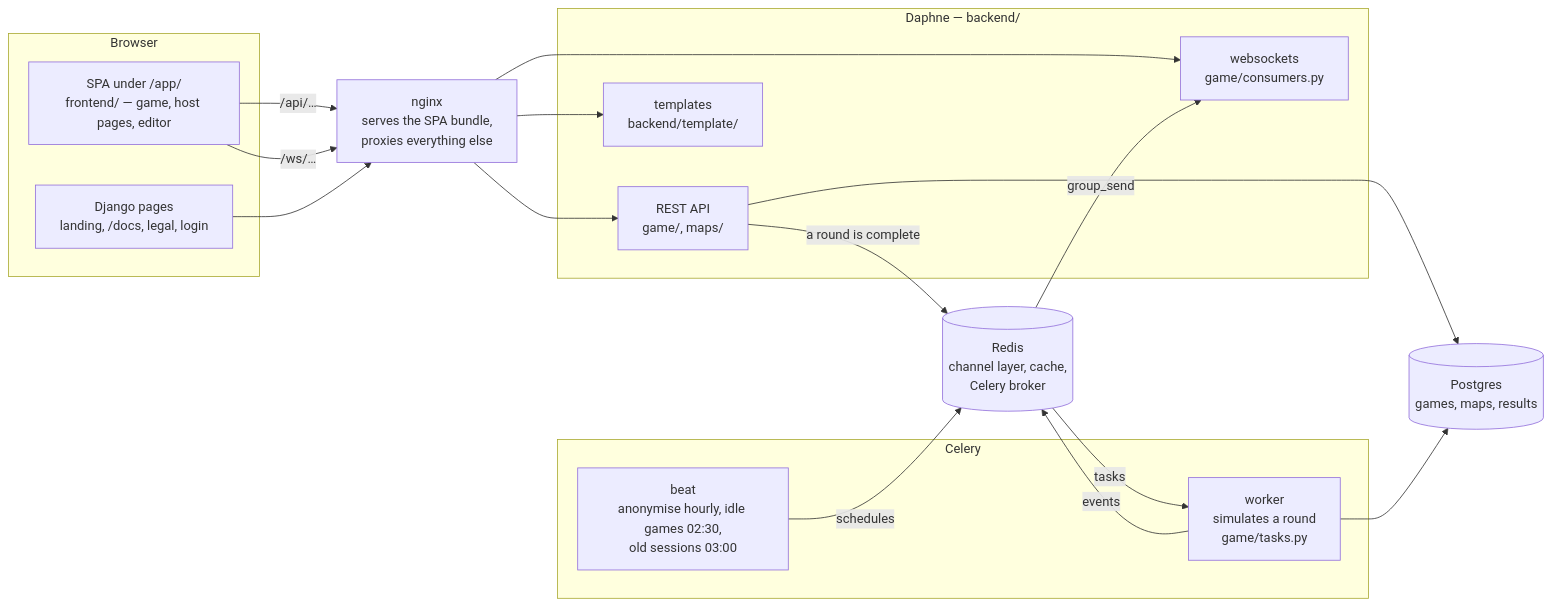
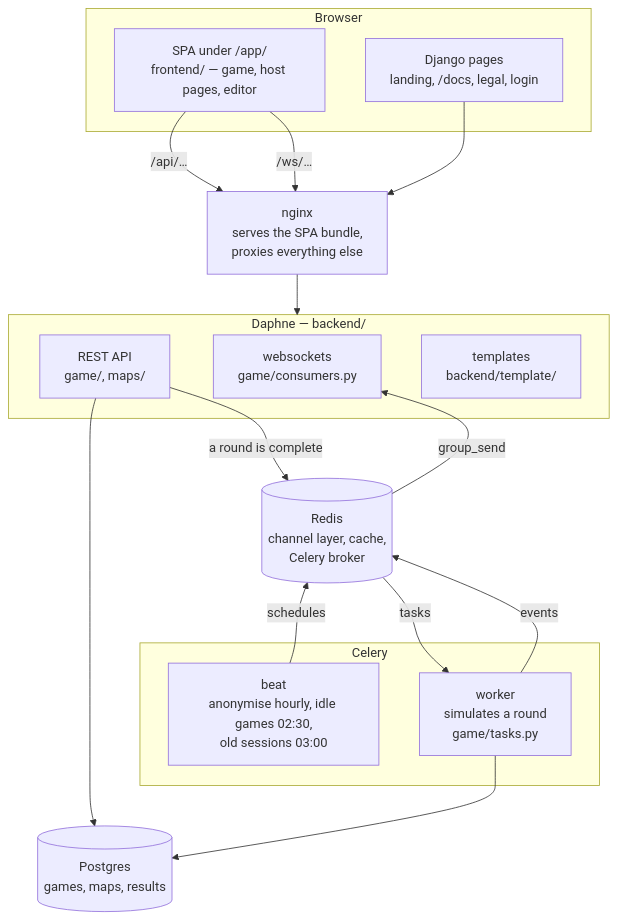
One commit to luke-hirsch/co2mmute changed the first of 12 diagrams in docs/en-flowcharts.md. Above: the diagram before and after it, drawn with Mermaid. The commit also changed 38 other files, not shown here.

````diff
--- a/docs/en-flowcharts.md
+++ b/docs/en-flowcharts.md
@@ -26,33 +26,35 @@
 ```mermaid
-flowchart LR
+flowchart TB
     subgraph browser["Browser"]
         spa["SPA under /app/<br>frontend/ — game, host pages, editor"]
         pages["Django pages<br>landing, /docs, legal, login"]
     end
     nginx["nginx<br>serves the SPA bundle,<br>proxies everything else"]
     subgraph daphne["Daphne — backend/"]
+        ws["websockets<br>game/consumers.py"]
         rest["REST API<br>game/, maps/"]
         tpl["templates<br>backend/template/"]
-        ws["websockets<br>game/consumers.py"]
     end
+    redis[("Redis<br>channel layer, cache,<br>Celery broker")]
     subgraph celery["Celery"]
+        beat["beat<br>anonymise hourly, idle games 02:30,<br>old sessions 03:00"]
         worker["worker<br>simulates a round<br>game/tasks.py"]
-        beat["beat<br>anonymise hourly, idle games 02:30,<br>old sessions 03:00"]
     end
     pg[("Postgres<br>games, maps, results")]
-    redis[("Redis<br>channel layer, cache,<br>Celery broker")]
 
     spa -->|"/api/…"| nginx
     spa -->|"/ws/…"| nginx
     pages --> nginx
-    nginx --> rest
-    nginx --> tpl
-    nginx --> ws
+    nginx --> daphne
+    %% ~~~ is invisible: it keeps the websockets above Redis and beat below it,
+    %% so the chart stays upright and fits beside the list of stops
+    ws ~~~ redis
+    rest -->|"a round is complete"| redis
+    redis ~~~ beat
+    redis -->|"tasks"| worker
+    worker -->|"events"| redis
+    beat -->|"schedules"| redis
+    redis -->|"group_send"| ws
     rest --> pg
-    rest -->|"a round is complete"| redis
-    beat -->|"schedules"| redis
-    redis -->|"tasks"| worker
     worker --> pg
-    worker -->|"events"| redis
-    redis -->|"group_send"| ws
 ```
````
